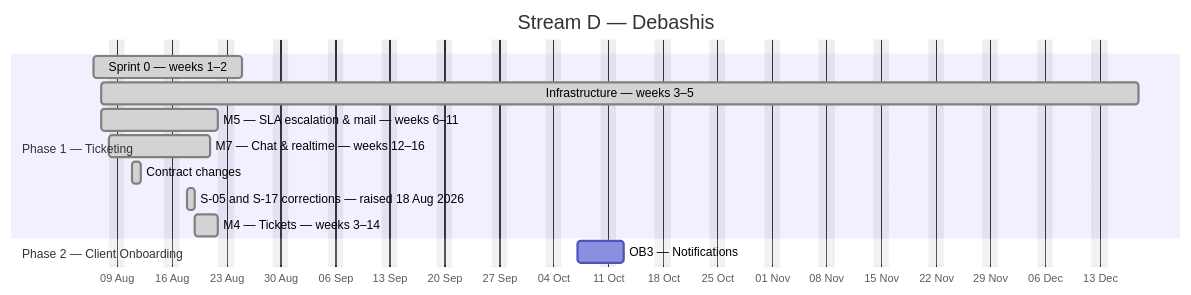
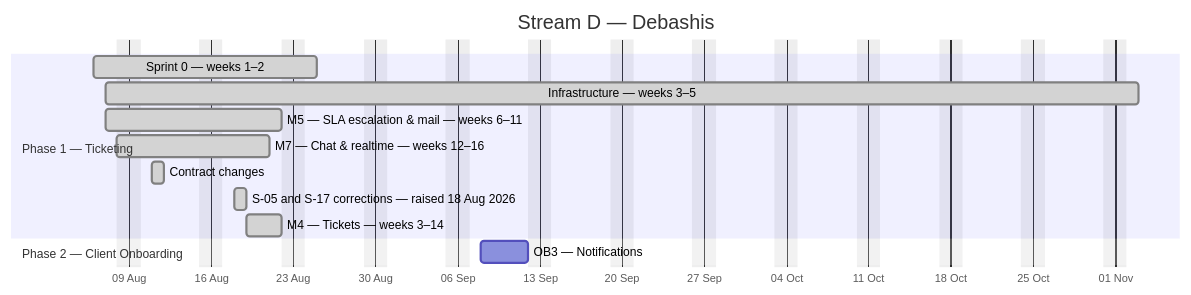
The fourth of 4 diagrams in docs/plan/GANTT.md (debashisedunext/EduTrack), drawn with Mermaid before and after one commit. The commit also changed other lines of this file and 2 other files, not shown here.

````diff
--- a/docs/plan/GANTT.md
+++ b/docs/plan/GANTT.md
@@ -204,17 +188,17 @@
 ```mermaid
 gantt
     dateFormat YYYY-MM-DD
     axisFormat %d %b
     title Stream D — Debashis
     excludes weekends
     section Phase 1 — Ticketing
     Sprint 0 — weeks 1–2 :done, d0, 2026-08-06, 13d
-    Infrastructure — weeks 3–5 :done, d1, 2026-08-07, 95d
+    Infrastructure — weeks 3–5 :done, d1, 2026-08-07, 62d
     M5 — SLA  escalation & mail — weeks 6–11 :done, d2, 2026-08-07, 11d
     M7 — Chat & realtime — weeks 12–16 :done, d3, 2026-08-08, 10d
     Contract changes :done, d4, 2026-08-11, 1d
     S-05 and S-17 corrections — raised 18 Aug 2026 :done, d5, 2026-08-18, 1d
     M4 — Tickets — weeks 3–14 :done, d6, 2026-08-19, 3d
     section Phase 2 — Client Onboarding
-    OB3 — Notifications :d7, 2026-10-07, 4d
+    OB3 — Notifications :d7, 2026-09-08, 4d
 ```
````
